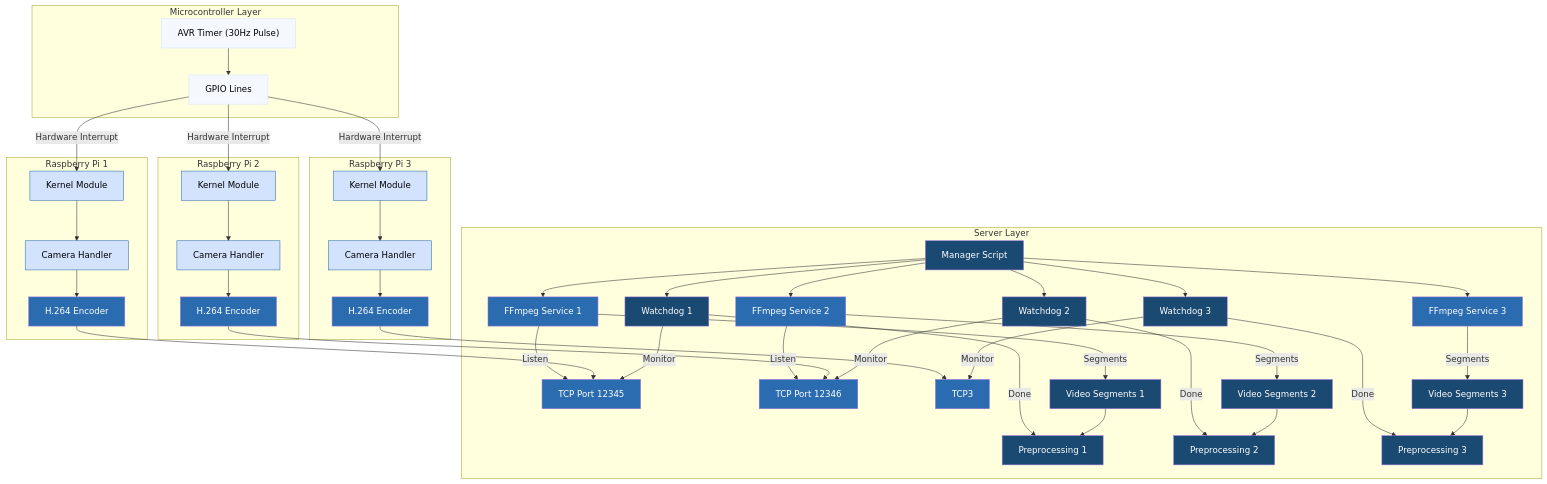
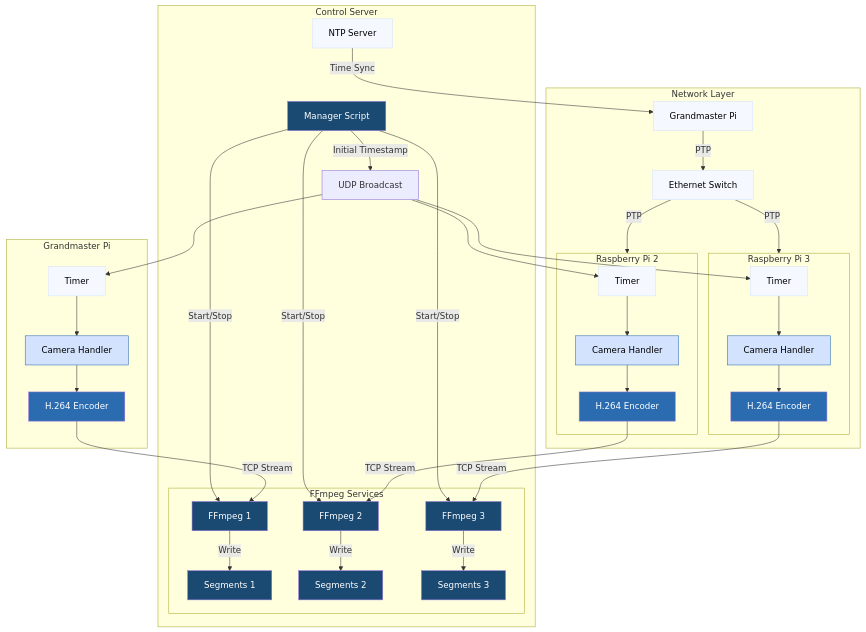
Before and after one commit to AlecFessler/mocap-toolkit: the diagram in README.md, drawn with Mermaid. The commit also changed other lines of this file and 1 other file, not shown here.

Commit message:
adjusted readme to reflect drastically redesigned system architecture

````diff
--- a/README.md
+++ b/README.md
@@ -7,61 +7,53 @@
 ```mermaid
 flowchart TD
-    classDef lightClass fill:#f5f9ff,color:black,stroke:#d3e3fd
-    classDef medClass fill:#d3e3fd,color:black,stroke:#2b6cb0
-    classDef darkClass fill:#2b6cb0,color:white
+    classDef timeClass fill:#f5f9ff,color:black,stroke:#d3e3fd
+    classDef cameraClass fill:#d3e3fd,color:black,stroke:#2b6cb0
+    classDef pipelineClass fill:#2b6cb0,color:white
     classDef serverClass fill:#1a4971,color:white
 
-    subgraph MCU["Microcontroller Layer"]
-        AVR["AVR Timer (30Hz Pulse)"]
-        GPIO["GPIO Lines"]
-        AVR --> GPIO
+    subgraph Server["Control Server"]
+        NTP["NTP Server"]
+        Mgr["Manager Script"]
+
+        subgraph FFmpeg["FFmpeg Services"]
+            FF1["FFmpeg 1"] --> |"Write"| Seg1["Segments 1"]
+            FF2["FFmpeg 2"] --> |"Write"| Seg2["Segments 2"]
+            FF3["FFmpeg 3"] --> |"Write"| Seg3["Segments 3"]
+        end
+
+        Mgr --> |"Start/Stop"| FF1 & FF2 & FF3
+        Mgr --> |"Initial Timestamp"| UDP["UDP Broadcast"]
     end
 
-    GPIO --> |"Hardware Interrupt"| KM1 & KM2 & KM3
-
-    subgraph RPi1["Raspberry Pi 1"]
-        KM1["Kernel Module"] --> Cap1["Camera Handler"] --> Enc1["H.264 Encoder"]
+    subgraph Network["Network Layer"]
+        Switch["Ethernet Switch"]
+        NTP --> |"Time Sync"| GM["Grandmaster Pi"]
+        GM --> |"PTP"| Switch
+        Switch --> |"PTP"| Pi2["Pi 2"] & Pi3["Pi 3"]
     end
 
-    subgraph RPi2["Raspberry Pi 2"]
-        KM2["Kernel Module"] --> Cap2["Camera Handler"] --> Enc2["H.264 Encoder"]
+    subgraph Pi1["Grandmaster Pi"]
+        Timer1["Timer"] --> Cap1["Camera Handler"]
+        Cap1 --> Enc1["H.264 Encoder"]
+        Enc1 --> |"TCP Stream"| FF1
     end
 
-    subgraph RPi3["Raspberry Pi 3"]
-        KM3["Kernel Module"] --> Cap3["Camera Handler"] --> Enc3["H.264 Encoder"]
+    subgraph Pi2["Raspberry Pi 2"]
+        Timer2["Timer"] --> Cap2["Camera Handler"]
+        Cap2 --> Enc2["H.264 Encoder"]
+        Enc2 --> |"TCP Stream"| FF2
     end
 
-    subgraph Server["Server Layer"]
-        Mgr["Manager Script"]
-        Mgr --> FF1["FFmpeg Service 1"] & FF2["FFmpeg Service 2"] & FF3["FFmpeg Service 3"]
-        Mgr --> WD1["Watchdog 1"] & WD2["Watchdog 2"] & WD3["Watchdog 3"]
-
-        FF1 --> |"Listen"| TCP1["TCP Port 12345"]
-        FF2 --> |"Listen"| TCP2["TCP Port 12346"]
-
-        Enc1 --> TCP1
-        Enc2 --> TCP2
-        Enc3 --> TCP3
-
-        FF1 --> |"Segments"| Seg1["Video Segments 1"]
-        FF2 --> |"Segments"| Seg2["Video Segments 2"]
-        FF3 --> |"Segments"| Seg3["Video Segments 3"]
-
-        WD1 --> |"Monitor"| TCP1
-        WD2 --> |"Monitor"| TCP2
-        WD3 --> |"Monitor"| TCP3
-
-        WD1 --> |"Done"| Pre1["Preprocessing 1"]
-        WD2 --> |"Done"| Pre2["Preprocessing 2"]
-        WD3 --> |"Done"| Pre3["Preprocessing 3"]
-
-        Seg1 --> Pre1
-        Seg2 --> Pre2
-        Seg3 --> Pre3
+    subgraph Pi3["Raspberry Pi 3"]
+        Timer3["Timer"] --> Cap3["Camera Handler"]
+        Cap3 --> Enc3["H.264 Encoder"]
+        Enc3 --> |"TCP Stream"| FF3
     end
 
-    class AVR,GPIO lightClass
-    class KM1,KM2,KM3,Cap1,Cap2,Cap3 medClass
-    class Enc1,Enc2,Enc3,FF1,FF2,FF3,TCP1,TCP2,TCP3 darkClass
-    class Mgr,WD1,WD2,WD3,Pre1,Pre2,Pre3,Seg1,Seg2,Seg3 serverClass
+    UDP --> Timer1 & Timer2 & Timer3
+
+    class NTP,GM,Switch,Timer1,Timer2,Timer3 timeClass
+    class Cap1,Cap2,Cap3 cameraClass
+    class Enc1,Enc2,Enc3 pipelineClass
+    class Mgr,FF1,FF2,FF3,Seg1,Seg2,Seg3 serverClass
 ```
````
